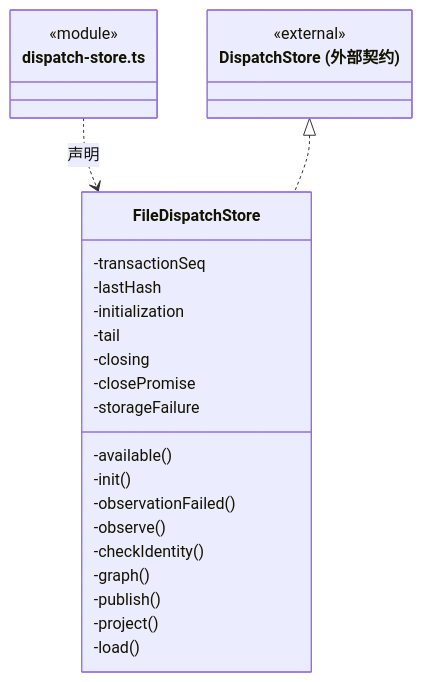
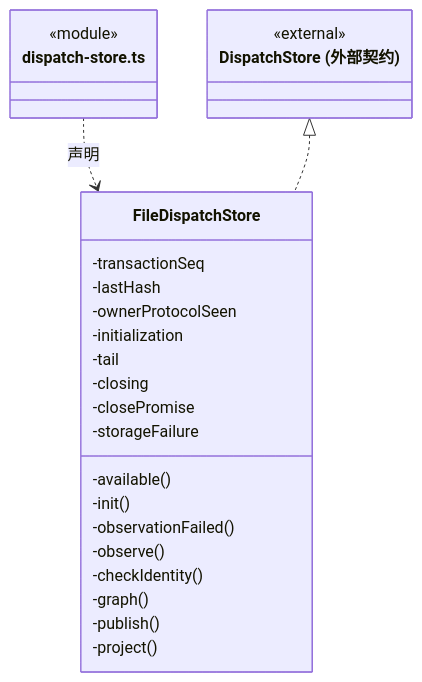
One commit to nan023062/cbim changed the eighth of 13 diagrams in src/backend/main/persistence/tasks/ARCHITECTURE.md. Above: the diagram before and after it, drawn with Mermaid. The commit also changed other lines of this file and 224 other files, not shown here.

````diff
--- a/src/backend/main/persistence/tasks/ARCHITECTURE.md
+++ b/src/backend/main/persistence/tasks/ARCHITECTURE.md
@@ -209,29 +210,29 @@
 ```mermaid
 classDiagram
 class N_src_backend_main_persistence_tasks_dispatch_store_ts["dispatch-store.ts"] {
   <<module>>
 }
 class N_src_backend_main_persistence_tasks_dispatch_store_ts_FileDispatchStore["FileDispatchStore"] {
   -transactionSeq
   -lastHash
+  -ownerProtocolSeen
   -initialization
   -tail
   -closing
   -closePromise
   -storageFailure
   -available()
   -init()
   -observationFailed()
   -observe()
   -checkIdentity()
   -graph()
   -publish()
   -project()
-  -load()
 }
 N_src_backend_main_persistence_tasks_dispatch_store_ts ..> N_src_backend_main_persistence_tasks_dispatch_store_ts_FileDispatchStore : 声明
 class N_src_backend_main_persistence_tasks_dispatch_store_ts_external_DispatchStore["DispatchStore (外部契约)"] {
   <<external>>
 }
 N_src_backend_main_persistence_tasks_dispatch_store_ts_external_DispatchStore <|.. N_src_backend_main_persistence_tasks_dispatch_store_ts_FileDispatchStore
 ```
````
